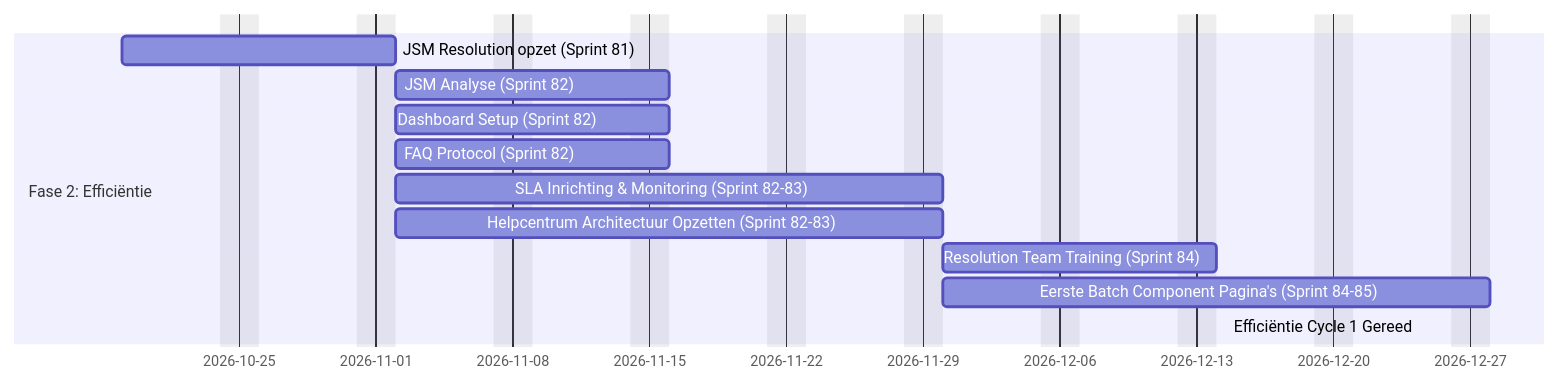
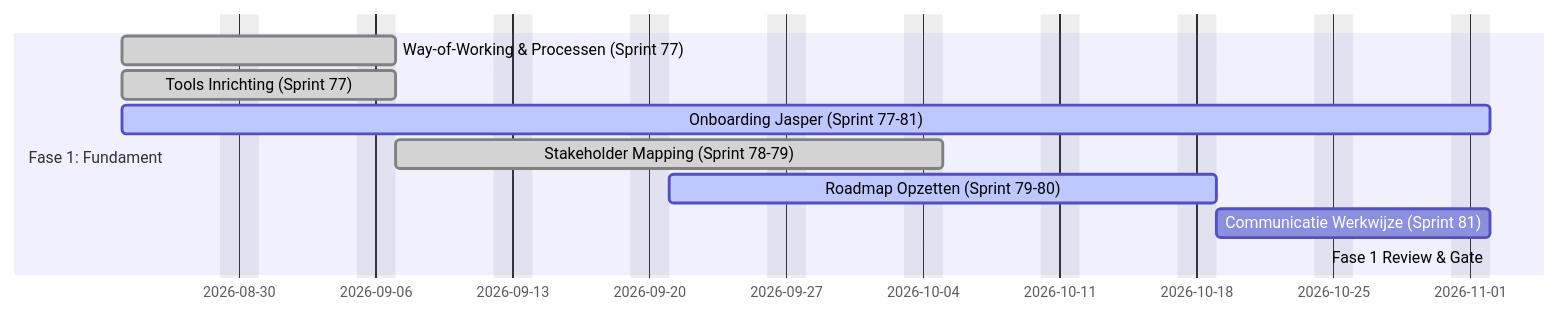
The second of 6 diagrams in ROADMAP.md (hbosscha-personal/enablement-engagement-roadmap), drawn with Mermaid before and after one commit. The commit also changed other lines of this file, not shown here.

Commit message:
Roadmap update: onboarding Jasper, planning +1 sprint, Fase 4 Engagement, Fase 2-5 als concept met hoofdonderwerpen

````diff
--- a/ROADMAP.md
+++ b/ROADMAP.md
@@ -143,17 +41,17 @@
 ```mermaid
 gantt
-    dateFormat YYYY-MM-DD
-    excludes    weekends
-    todayMarker stroke-width:3px,stroke:#0f0,opacity:0.5
-    
-    section Fase 2: Efficiëntie
-    JSM Resolution opzet (Sprint 81)              :p2_resolution, 2026-10-19, 2026-11-02
-    JSM Analyse (Sprint 82)                       :p2_ana,    2026-11-02, 2026-11-16
-    Dashboard Setup (Sprint 82)                   :p2_dash,   2026-11-02, 2026-11-16
-    FAQ Protocol (Sprint 82)                      :p2_protocol, 2026-11-02, 2026-11-16
-    SLA Inrichting & Monitoring (Sprint 82-83)    :p2_sla,    2026-11-02, 2026-11-30
-    Helpcentrum Architectuur Opzetten (Sprint 82-83)    :p2_hc,     2026-11-02, 2026-11-30
-    Resolution Team Training (Sprint 84)    :p2_training, 2026-11-30, 2026-12-14
-    Eerste Batch Component Pagina's (Sprint 84-85)    :p2_components, 2026-11-30, 2026-12-28
-    Efficiëntie Cycle 1 Gereed                  :crit,      p2_gate,   2026-12-28, 2026-12-28
+    dateFormat YYYY-MM-DD
+    excludes    weekends
+    weekend saturday
+    todayMarker stroke-width:3px,stroke:#0f0,opacity:0.5
+
+    section Fase 1: Fundament
+    Way-of-Working & Processen (Sprint 77)    :done,      p1_wow,    2026-08-24, 2026-09-07
+    Tools Inrichting (Sprint 77)              :done,      p1_tools,  2026-08-24, 2026-09-07
+    Onboarding Jasper (Sprint 77-81)          :active,    p1_onb,    2026-08-24, 2026-11-02
+    Stakeholder Mapping (Sprint 78-79)        :done,      p1_stake,  2026-09-07, 2026-10-05
+    Roadmap Opzetten (Sprint 79-80)           :active,    p1_road,   2026-09-21, 2026-10-19
+    Communicatie Werkwijze (Sprint 81)        :p1_comm,   2026-10-19, 2026-11-02
+    Fase 1 Review & Gate                      :crit,      p1_gate,   2026-11-02, 2026-11-02
+
 ```
````
